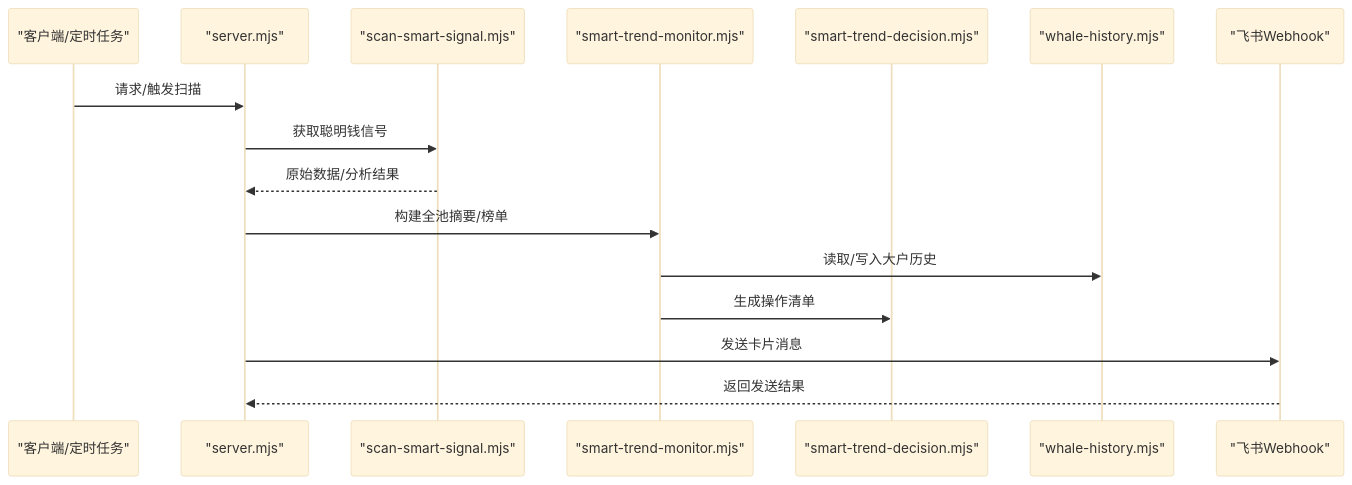
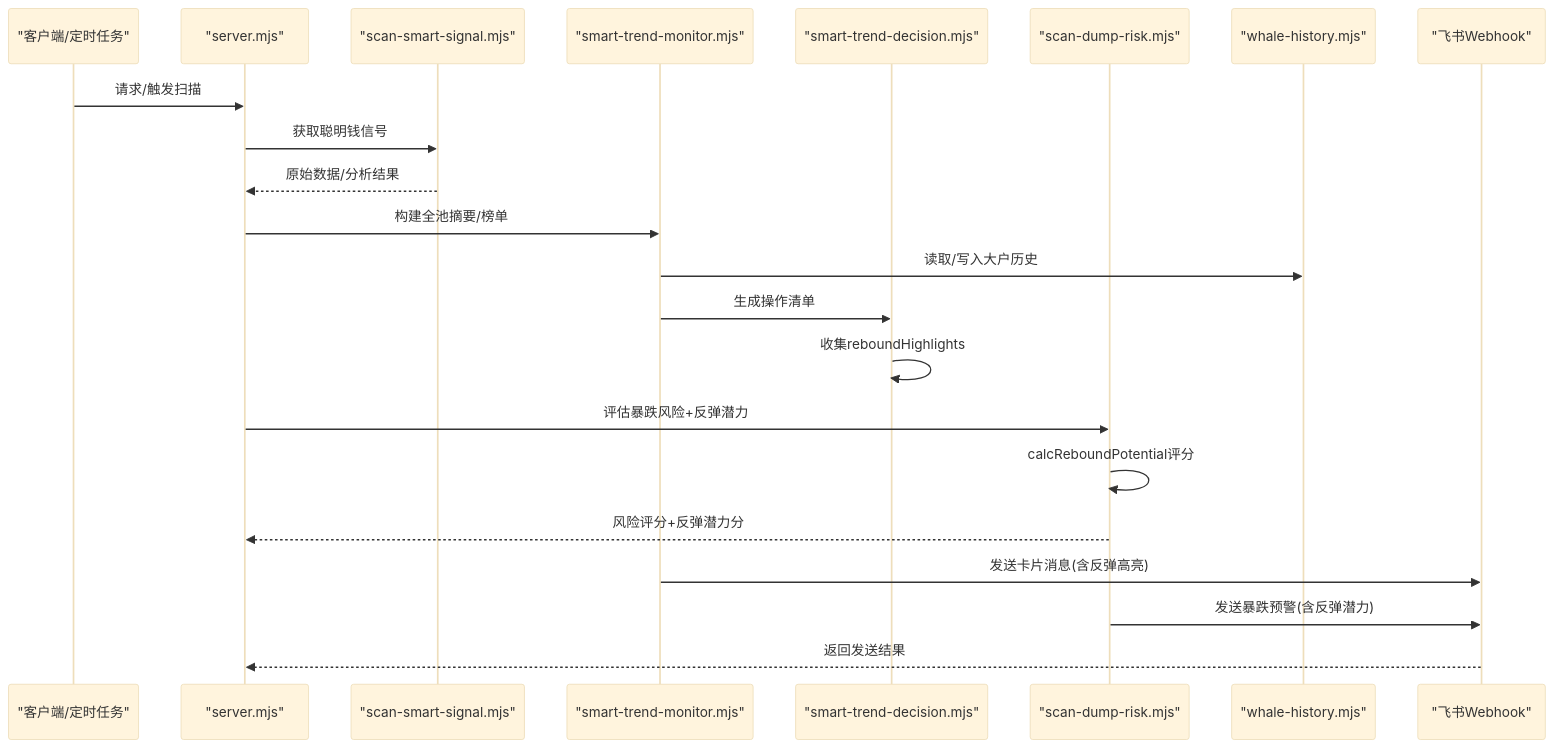
The second of 10 diagrams in .qoder/repowiki/zh/content/Web监控面板/报警通知系统.md (kekexilinan/BinaceSmart), drawn with Mermaid (base theme) before and after one commit. The commit also changed other lines of this file and 59 other files, not shown here.

````diff
--- a/.qoder/repowiki/zh/content/Web监控面板/报警通知系统.md
+++ b/.qoder/repowiki/zh/content/Web监控面板/报警通知系统.md
@@ -102,18 +124,24 @@
 ```mermaid
 sequenceDiagram
 participant Client as "客户端/定时任务"
 participant Server as "server.mjs"
 participant Scanner as "scan-smart-signal.mjs"
 participant Trend as "smart-trend-monitor.mjs"
 participant Decision as "smart-trend-decision.mjs"
+participant DumpRisk as "scan-dump-risk.mjs"
 participant Whale as "whale-history.mjs"
 participant Feishu as "飞书Webhook"
 Client->>Server : 请求/触发扫描
 Server->>Scanner : 获取聪明钱信号
 Scanner-->>Server : 原始数据/分析结果
 Server->>Trend : 构建全池摘要/榜单
 Trend->>Whale : 读取/写入大户历史
 Trend->>Decision : 生成操作清单
-Server->>Feishu : 发送卡片消息
+Decision->>Decision : 收集reboundHighlights
+Server->>DumpRisk : 评估暴跌风险+反弹潜力
+DumpRisk->>DumpRisk : calcReboundPotential评分
+DumpRisk-->>Server : 风险评分+反弹潜力分
+Trend->>Feishu : 发送卡片消息(含反弹高亮)
+DumpRisk->>Feishu : 发送暴跌预警(含反弹潜力)
 Feishu-->>Server : 返回发送结果
 ```
````
